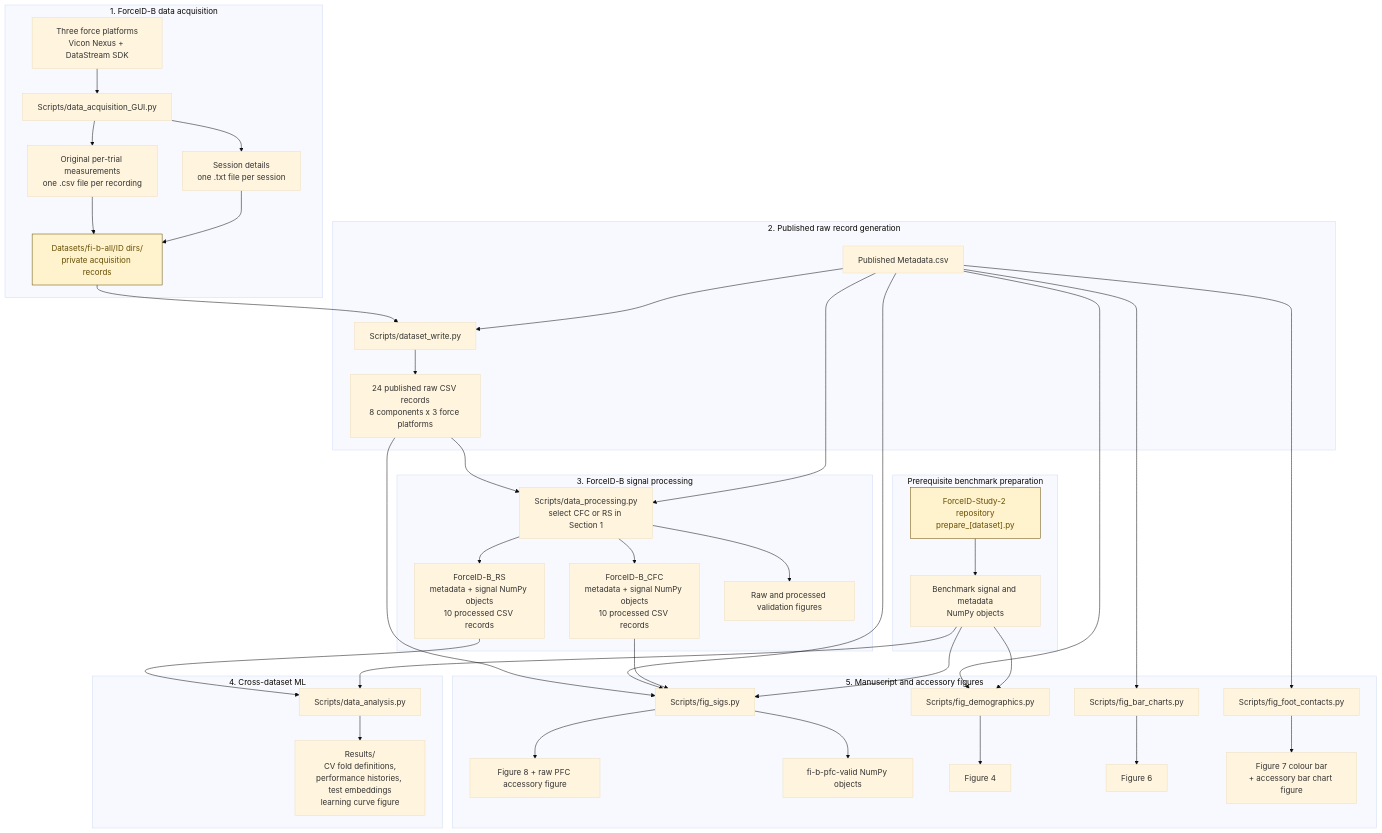
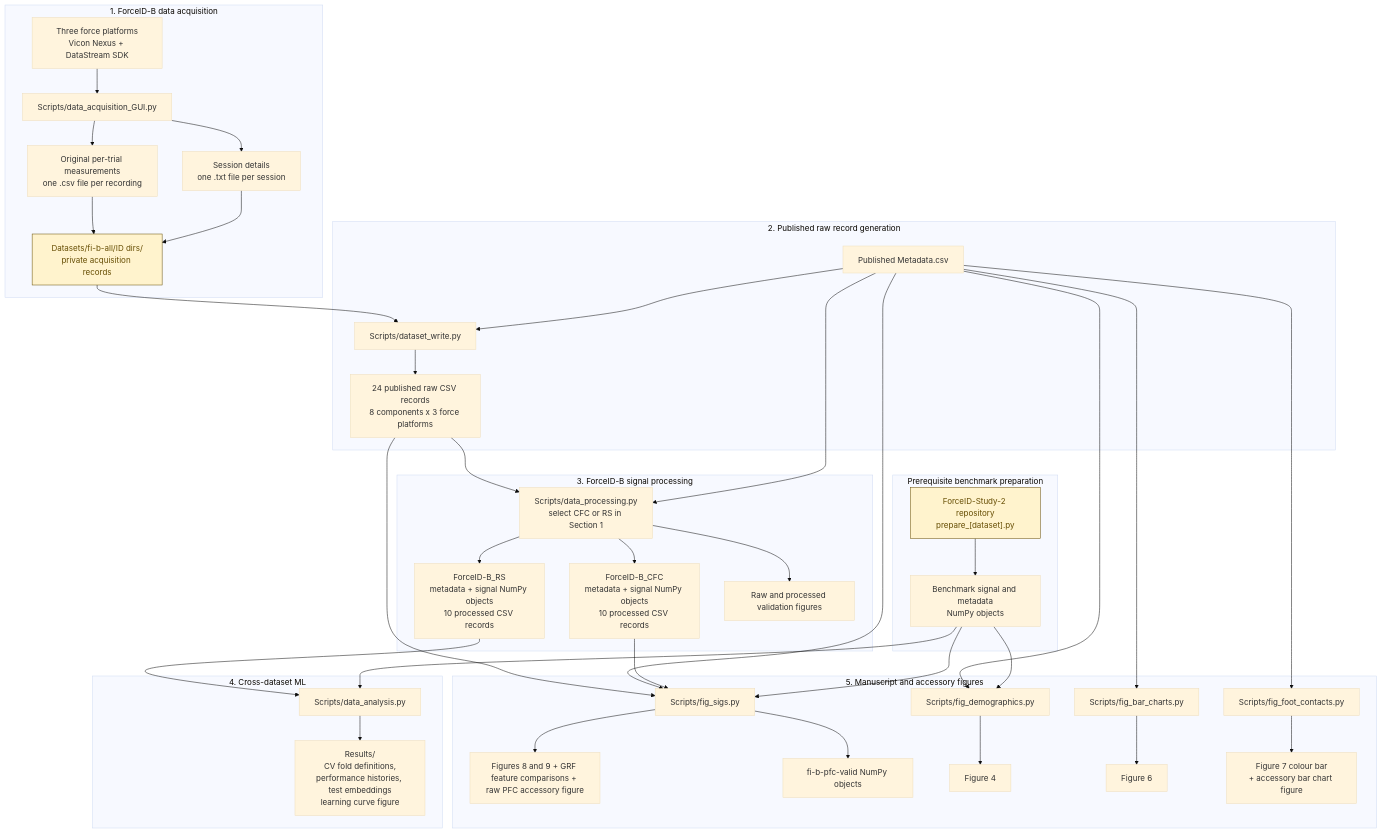
One commit to kayneduncanson1/ForceID-B-Dataset changed the diagram in README.md. Above: the diagram before and after it, drawn with Mermaid (base theme). The commit also changed other lines of this file and 14 other files, not shown here.

````diff
--- a/README.md
+++ b/README.md
@@ -127,58 +140,58 @@
 ```mermaid
 flowchart TD
 
     subgraph ACQ["1. ForceID-B data acquisition"]
         HW["Three force platforms<br/>Vicon Nexus + DataStream SDK"] --> GUI["Scripts/data_acquisition_GUI.py"]
         GUI --> DETAILS["Session details<br/>one .txt file per session"]
         GUI --> TRIALS["Original per-trial measurements<br/>one .csv file per recording"]
         DETAILS --> PRIVATE["Datasets/fi-b-all/ID dirs/<br/>private acquisition records"]
         TRIALS --> PRIVATE
     end
 
     subgraph PUB["2. Published raw record generation"]
         META["Published Metadata.csv"] --> WRITE["Scripts/dataset_write.py"]
         PRIVATE --> WRITE
         WRITE --> RAW["24 published raw CSV records<br/>8 components x 3 force platforms"]
     end
 
     subgraph PROC["3. ForceID-B signal processing"]
         META --> PROCESS["Scripts/data_processing.py<br/>select CFC or RS in Section 1"]
         RAW --> PROCESS
         PROCESS --> CFC["ForceID-B_CFC<br/>metadata + signal NumPy objects<br/>10 processed CSV records"]
         PROCESS --> RS["ForceID-B_RS<br/>metadata + signal NumPy objects<br/>10 processed CSV records"]
         PROCESS --> PROCFIGS["Raw and processed validation figures"]
     end
 
     subgraph PREP["Prerequisite benchmark preparation"]
         STUDY2["ForceID-Study-2 repository<br/>prepare_[dataset].py"] --> BM["Benchmark signal and metadata<br/>NumPy objects"]
     end
 
     subgraph ML["4. Cross-dataset ML"]
         BM --> ANALYSIS["Scripts/data_analysis.py"]
         RS --> ANALYSIS
         ANALYSIS --> RES["Results/<br/>CV fold definitions,<br/>performance histories, test embeddings<br/>learning curve figure"]
     end
 
     subgraph FIGS["5. Manuscript and accessory figures"]
         BM --> SIGS["Scripts/fig_sigs.py"]
         CFC --> SIGS
         META --> SIGS
         RAW --> SIGS
-        SIGS --> FIG8["Figure 8 + raw PFC accessory figure"]
+        SIGS --> FIG8["Figures 8 and 9 + GRF feature comparisons + raw PFC accessory figure"]
         SIGS --> PFC["fi-b-pfc-valid NumPy objects"]
 
         BM --> DEMO["Scripts/fig_demographics.py"]
         META --> DEMO
         DEMO --> FIG4["Figure 4"]
 
         META --> BARS["Scripts/fig_bar_charts.py"]
         BARS --> FIG6["Figure 6"]
 
         META --> CONTACTS["Scripts/fig_foot_contacts.py"]
         CONTACTS --> FIG7["Figure 7 colour bar<br/>+ accessory bar chart figure"]
     end
 
     classDef unavailable fill:#f8d7da,stroke:#842029,color:#842029;
     classDef external fill:#fff3cd,stroke:#664d03,color:#664d03;
     class PRIVATE,STUDY2 external;
 ```
````
